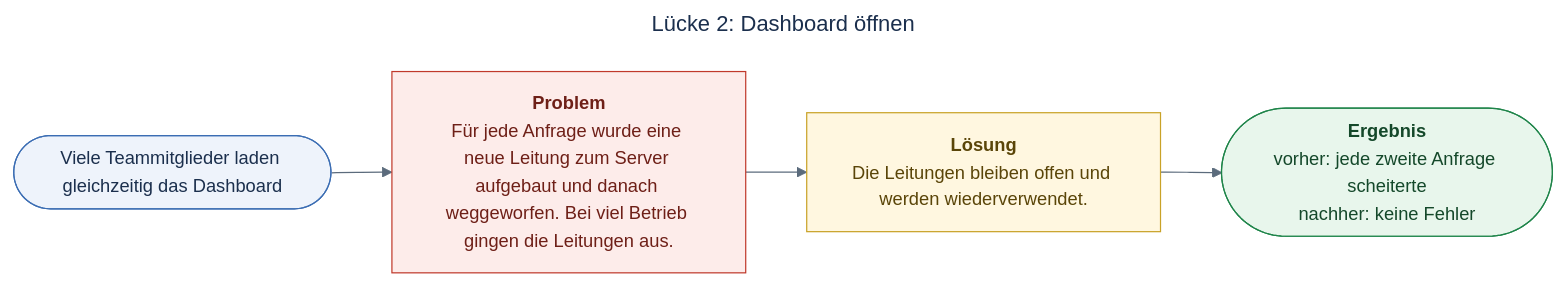
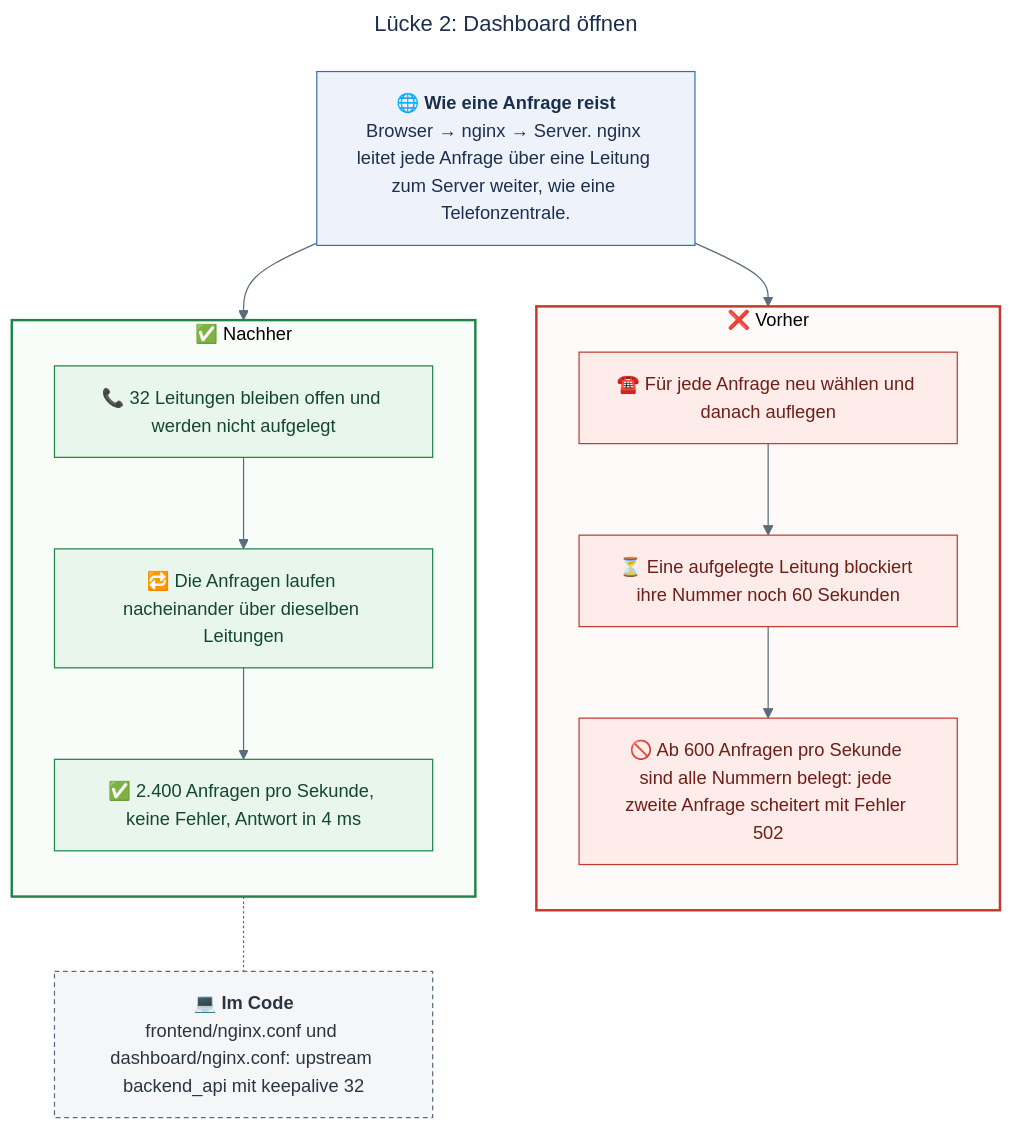
Before and after one commit to kamalshekho/design-thinking-workshop: the fourth of 5 diagrams in load-test/RESULTS.md, drawn with Mermaid. The commit also changed other lines of this file, not shown here.

Commit message:
docs(load-test): explain each gap in plain words with icon diagrams and code pointers

````diff
--- a/load-test/RESULTS.md
+++ b/load-test/RESULTS.md
@@ -139,33 +230,44 @@
 ```mermaid
 ---
 title: "Lücke 2: Dashboard öffnen"
 config:
   theme: base
   themeVariables:
     fontSize: "15px"
     primaryColor: "#eef3fb"
     primaryBorderColor: "#3b6db3"
     primaryTextColor: "#1b2f4d"
     lineColor: "#5b6b7c"
     edgeLabelBackground: "#ffffff"
+    clusterBkg: "#ffffff"
   flowchart:
-    wrappingWidth: 230
+    wrappingWidth: 250
     curve: basis
 ---
-flowchart LR
-    %% Situation, problem, fix, result: read from left to right.
-    s([Viele Teammitglieder laden gleichzeitig das Dashboard])
-    p["<b>Problem</b><br/>Für jede Anfrage wurde eine neue Leitung zum Server aufgebaut und danach weggeworfen. Bei viel Betrieb gingen die Leitungen aus."]
-    l["<b>Lösung</b><br/>Die Leitungen bleiben offen und werden wiederverwendet."]
-    r(["<b>Ergebnis</b><br/>vorher: jede zweite Anfrage scheiterte<br/>nachher: keine Fehler"])
-    s --> p --> l --> r
+flowchart TB
+    %% Why the check exists, what went wrong, what changed, where it lives.
+    why["🌐 <b>Wie eine Anfrage reist</b><br/>Browser → nginx → Server. nginx leitet jede Anfrage über eine Leitung zum Server weiter, wie eine Telefonzentrale."]
+    subgraph before["❌ Vorher"]
+        direction TB
+        b1["☎️ Für jede Anfrage neu wählen und danach auflegen"] --> b2["⏳ Eine aufgelegte Leitung blockiert ihre Nummer noch 60 Sekunden"] --> b3["🚫 Ab 600 Anfragen pro Sekunde sind alle Nummern belegt: jede zweite Anfrage scheitert mit Fehler 502"]
+    end
+    subgraph after["✅ Nachher"]
+        direction TB
+        a1["📞 32 Leitungen bleiben offen und werden nicht aufgelegt"] --> a2["🔁 Die Anfragen laufen nacheinander über dieselben Leitungen"] --> a3["✅ 2.400 Anfragen pro Sekunde, keine Fehler, Antwort in 4 ms"]
+    end
+    code["💻 <b>Im Code</b><br/>frontend/nginx.conf und dashboard/nginx.conf: upstream backend_api mit keepalive 32"]
+    why --> before
+    why --> after
+    after -.- code
 
-    classDef situation fill:#eef3fb,stroke:#3b6db3,color:#1b2f4d
+    classDef why fill:#eef3fb,stroke:#3b6db3,color:#1b2f4d
     classDef bad fill:#fdecea,stroke:#c0392b,color:#6e1f17
-    classDef work fill:#fff7e0,stroke:#c9a227,color:#5a4508
-    classDef ok fill:#e8f6ec,stroke:#1e8449,color:#14482a
-    class s situation
-    class p bad
-    class l work
-    class r ok
+    classDef good fill:#e8f6ec,stroke:#1e8449,color:#14482a
+    classDef code fill:#f4f6f8,stroke:#5b6b7c,color:#2b3540,stroke-dasharray:4 3
+    class why why
+    class b1,b2,b3 bad
+    class a1,a2,a3 good
+    class code code
+    style before fill:#fffafa,stroke:#c0392b,stroke-width:2px
+    style after fill:#f8fdf9,stroke:#1e8449,stroke-width:2px
 ```
````
